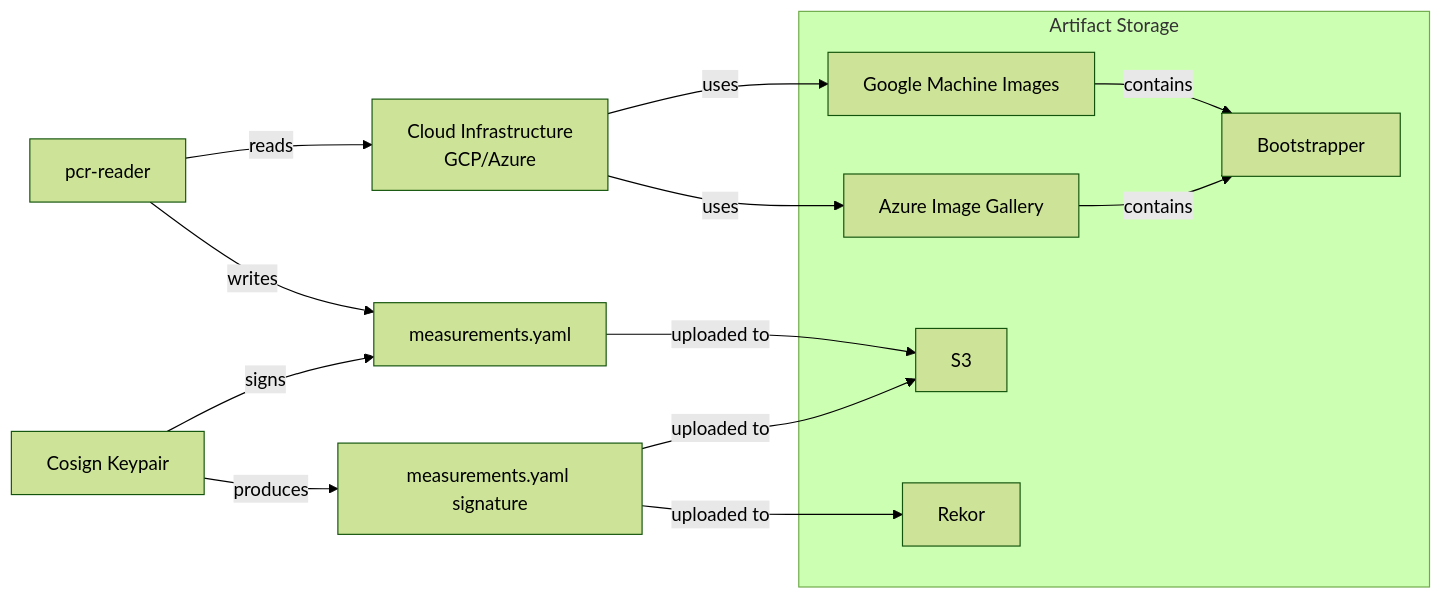
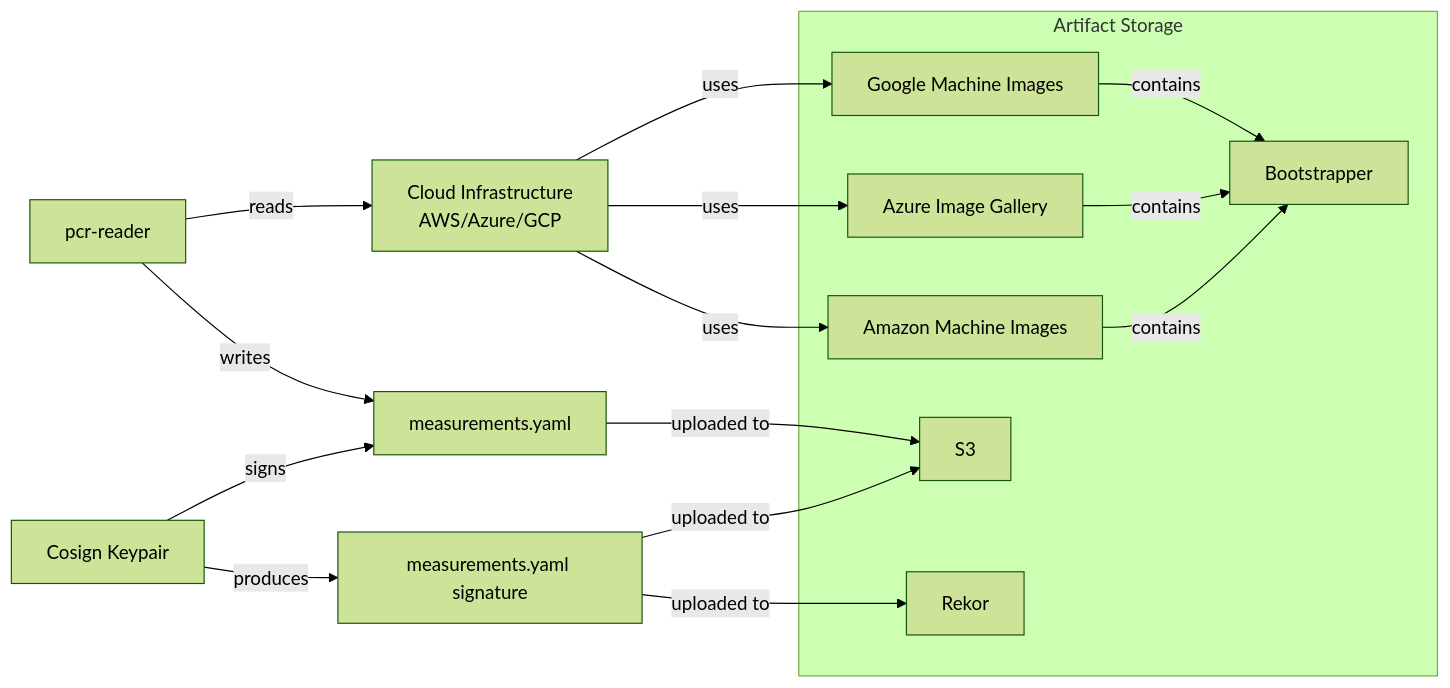
One commit to edgelesssys/constellation changed the second of 2 diagrams in rfc/secure-software-distribution.md. Above: the diagram before and after it, drawn with Mermaid (forest theme). The commit also changed other lines of this file and 1 other file, not shown here.

````diff
--- a/rfc/secure-software-distribution.md
+++ b/rfc/secure-software-distribution.md
@@ -136,27 +136,30 @@
 ```mermaid
 flowchart LR
     measurementssig[measurements.yaml signature]
     measurements[measurements.yaml]
     signer[Cosign Keypair]
-    cloud[Cloud Infrastructure<br />GCP/Azure]
+    cloud[Cloud Infrastructure<br />AWS/Azure/GCP]
     pcrreader[pcr-reader]
+    cloud -- uses --> ami
     cloud -- uses --> aig
     cloud -- uses --> gmi
     pcrreader -- writes --> measurements
     pcrreader -- reads --> cloud
     signer -- produces --> measurementssig
     signer -- signs --> measurements
     measurementssig -- uploaded to --> rekor
     measurementssig -- uploaded to --> s3
     measurements -- uploaded to --> s3
 
     subgraph artifacts [Artifact Storage]
         rekor[Rekor]
         boots[Bootstrapper]
         s3[S3]
+        ami[Amazon Machine Images]
         aig[Azure Image Gallery]
         gmi[Google Machine Images]
+        aig -- contains --> boots
+        ami -- contains --> boots
         gmi -- contains --> boots
-        aig -- contains --> boots
     end
 ```
````
